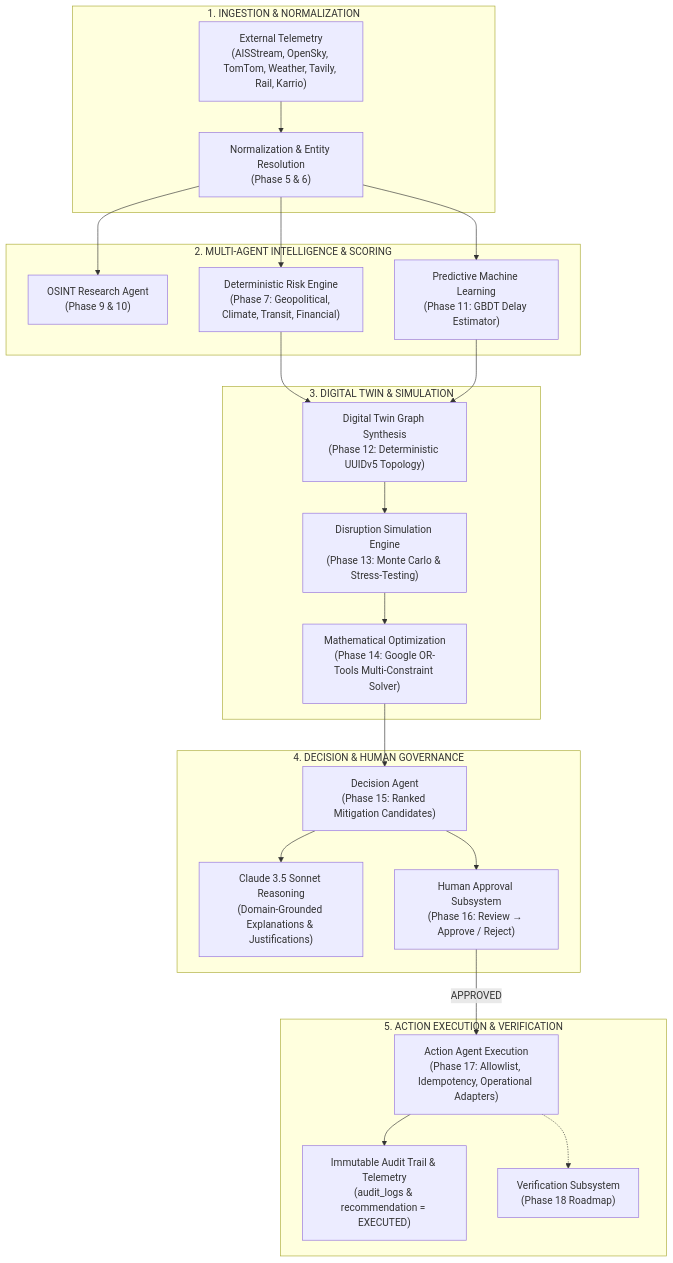
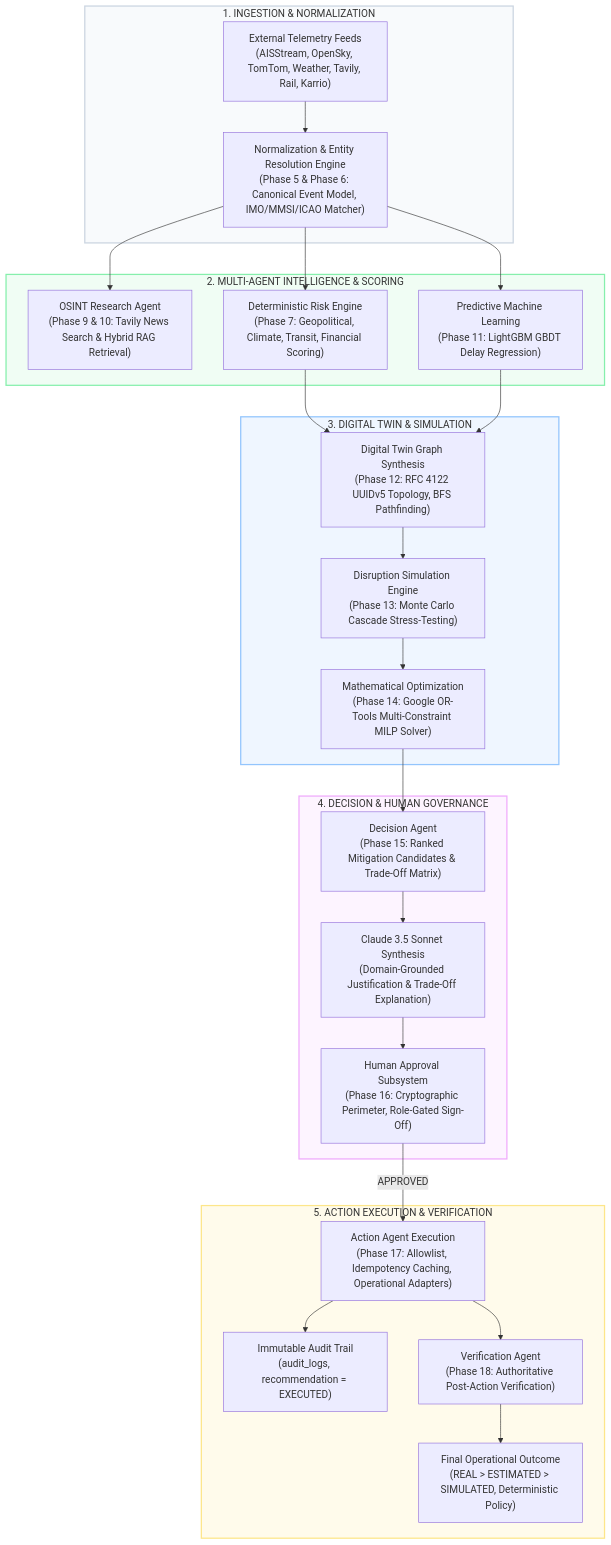
The first of 3 diagrams in README.md (Suguda-Thakur-Marndi/ChainSentinel), drawn with Mermaid before and after one commit. The commit also changed other lines of this file and 169 other files, not shown here.

Commit message:
feat: add RiskWise 2.0 control tower frontend, evaluation framework, and verification agents

````diff
--- a/README.md
+++ b/README.md
@@ -11,31 +90,53 @@
 ```mermaid
 flowchart TD
     subgraph S1["1. INGESTION & NORMALIZATION"]
-        EXT["External Telemetry<br/>(AISStream, OpenSky, TomTom, Weather, Tavily, Rail, Karrio)"] --> NORM["Normalization & Entity Resolution<br/>(Phase 5 & 6)"]
+        EXT["External Telemetry Feeds<br/>(AISStream, OpenSky, TomTom, Weather, Tavily, Rail, Karrio)"]
+        NORM["Normalization & Entity Resolution Engine<br/>(Phase 5 & Phase 6: Canonical Event Model, IMO/MMSI/ICAO Matcher)"]
+        EXT --> NORM
     end
 
     subgraph S2["2. MULTI-AGENT INTELLIGENCE & SCORING"]
-        NORM --> RES["OSINT Research Agent<br/>(Phase 9 & 10)"]
-        NORM --> RISK["Deterministic Risk Engine<br/>(Phase 7: Geopolitical, Climate, Transit, Financial)"]
-        NORM --> ML["Predictive Machine Learning<br/>(Phase 11: GBDT Delay Estimator)"]
+        RES["OSINT Research Agent<br/>(Phase 9 & 10: Tavily News Search & Hybrid RAG Retrieval)"]
+        RISK["Deterministic Risk Engine<br/>(Phase 7: Geopolitical, Climate, Transit, Financial Scoring)"]
+        ML["Predictive Machine Learning<br/>(Phase 11: LightGBM GBDT Delay Regression)"]
+        NORM --> RES
+        NORM --> RISK
+        NORM --> ML
     end
 
     subgraph S3["3. DIGITAL TWIN & SIMULATION"]
-        RISK --> TWIN["Digital Twin Graph Synthesis<br/>(Phase 12: Deterministic UUIDv5 Topology)"]
+        TWIN["Digital Twin Graph Synthesis<br/>(Phase 12: RFC 4122 UUIDv5 Topology, BFS Pathfinding)"]
+        SIM["Disruption Simulation Engine<br/>(Phase 13: Monte Carlo Cascade Stress-Testing)"]
+        OPT["Mathematical Optimization<br/>(Phase 14: Google OR-Tools Multi-Constraint MILP Solver)"]
+        RISK --> TWIN
         ML --> TWIN
-        TWIN --> SIM["Disruption Simulation Engine<br/>(Phase 13: Monte Carlo & Stress-Testing)"]
-        SIM --> OPT["Mathematical Optimization<br/>(Phase 14: Google OR-Tools Multi-Constraint Solver)"]
+        TWIN --> SIM
+        SIM --> OPT
     end
 
     subgraph S4["4. DECISION & HUMAN GOVERNANCE"]
-        OPT --> DEC["Decision Agent<br/>(Phase 15: Ranked Mitigation Candidates)"]
-        DEC --> CLAUDE["Claude 3.5 Sonnet Reasoning<br/>(Domain-Grounded Explanations & Justifications)"]
-        DEC --> APPR["Human Approval Subsystem<br/>(Phase 16: Review → Approve / Reject)"]
+        DEC["Decision Agent<br/>(Phase 15: Ranked Mitigation Candidates & Trade-Off Matrix)"]
+        CLAUDE["Claude 3.5 Sonnet Synthesis<br/>(Domain-Grounded Justification & Trade-Off Explanation)"]
+        APPR["Human Approval Subsystem<br/>(Phase 16: Cryptographic Perimeter, Role-Gated Sign-Off)"]
+        OPT --> DEC
+        DEC --> CLAUDE
+        CLAUDE --> APPR
     end
 
     subgraph S5["5. ACTION EXECUTION & VERIFICATION"]
-        APPR -- "APPROVED" --> ACT["Action Agent Execution<br/>(Phase 17: Allowlist, Idempotency, Operational Adapters)"]
-        ACT --> AUDIT["Immutable Audit Trail & Telemetry<br/>(audit_logs & recommendation = EXECUTED)"]
-        ACT -.-> VERIF["Verification Subsystem<br/>(Phase 18 Roadmap)"]
+        ACT["Action Agent Execution<br/>(Phase 17: Allowlist, Idempotency Caching, Operational Adapters)"]
+        AUDIT["Immutable Audit Trail<br/>(audit_logs, recommendation = EXECUTED)"]
+        VERIF["Verification Agent<br/>(Phase 18: Authoritative Post-Action Verification)"]
+        OUTCOME["Final Operational Outcome<br/>(REAL > ESTIMATED > SIMULATED, Deterministic Policy)"]
+        APPR -- "APPROVED" --> ACT
+        ACT --> AUDIT
+        ACT --> VERIF
+        VERIF --> OUTCOME
     end
+
+    style S1 fill:#f8fafc,stroke:#cbd5e1,stroke-width:2px
+    style S2 fill:#f0fdf4,stroke:#86efac,stroke-width:2px
+    style S3 fill:#eff6ff,stroke:#93c5fd,stroke-width:2px
+    style S4 fill:#fdf4ff,stroke:#f0abfc,stroke-width:2px
+    style S5 fill:#fffbeb,stroke:#fde68a,stroke-width:2px
 ```
````
